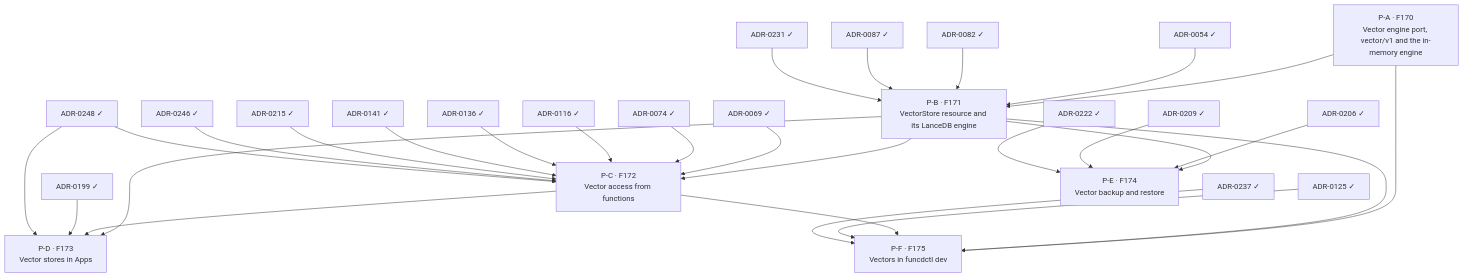
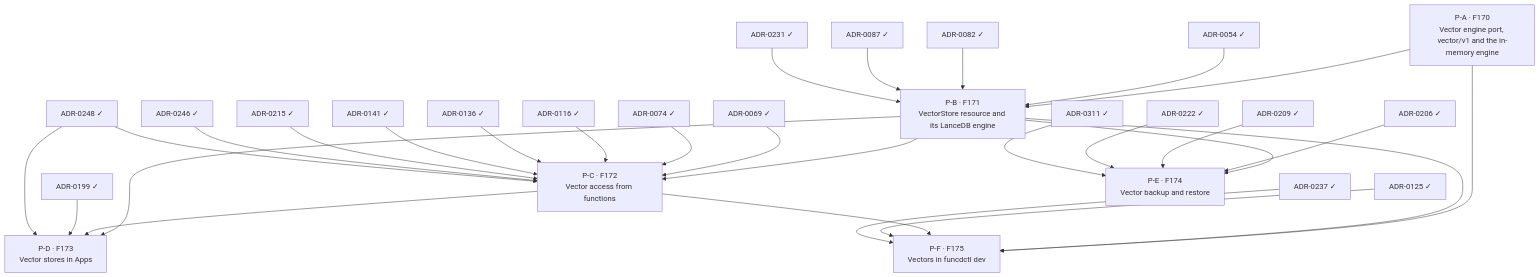
Before and after one commit to pyvvo/funcd: the diagram in docs/roadmap/vector-delivery-plan.md, drawn with Mermaid. The commit also changed other lines of this file and 77 other files, not shown here.

````diff
--- a/docs/roadmap/vector-delivery-plan.md
+++ b/docs/roadmap/vector-delivery-plan.md
@@ -37,55 +37,57 @@
 ```mermaid
 flowchart TB
     ADR_0054["ADR-0054 ✓"]
     ADR_0069["ADR-0069 ✓"]
     ADR_0074["ADR-0074 ✓"]
     ADR_0082["ADR-0082 ✓"]
     ADR_0087["ADR-0087 ✓"]
     ADR_0116["ADR-0116 ✓"]
     ADR_0125["ADR-0125 ✓"]
     ADR_0136["ADR-0136 ✓"]
     ADR_0141["ADR-0141 ✓"]
     ADR_0199["ADR-0199 ✓"]
     ADR_0206["ADR-0206 ✓"]
     ADR_0209["ADR-0209 ✓"]
     ADR_0215["ADR-0215 ✓"]
     ADR_0222["ADR-0222 ✓"]
     ADR_0231["ADR-0231 ✓"]
     ADR_0237["ADR-0237 ✓"]
     ADR_0246["ADR-0246 ✓"]
     ADR_0248["ADR-0248 ✓"]
+    ADR_0311["ADR-0311 ✓"]
     P_A["P-A · F170<br/>Vector engine port, vector/v1 and the in-memory engine"]
     P_B["P-B · F171<br/>VectorStore resource and its LanceDB engine"]
     P_C["P-C · F172<br/>Vector access from functions"]
     P_D["P-D · F173<br/>Vector stores in Apps"]
     P_E["P-E · F174<br/>Vector backup and restore"]
     P_F["P-F · F175<br/>Vectors in funcdctl dev"]
 
     P_A --> P_B
     ADR_0054 --> P_B
     ADR_0082 --> P_B
     ADR_0087 --> P_B
     ADR_0231 --> P_B
     P_B --> P_C
     ADR_0069 --> P_C
     ADR_0074 --> P_C
     ADR_0116 --> P_C
     ADR_0136 --> P_C
     ADR_0141 --> P_C
     ADR_0215 --> P_C
     ADR_0246 --> P_C
     ADR_0248 --> P_C
     P_B --> P_D
     P_C --> P_D
     ADR_0199 --> P_D
     ADR_0248 --> P_D
     P_B --> P_E
     ADR_0206 --> P_E
     ADR_0209 --> P_E
     ADR_0222 --> P_E
+    ADR_0311 --> P_E
     P_A --> P_F
     P_B --> P_F
     P_C --> P_F
     ADR_0125 --> P_F
     ADR_0237 --> P_F
 ```
````
